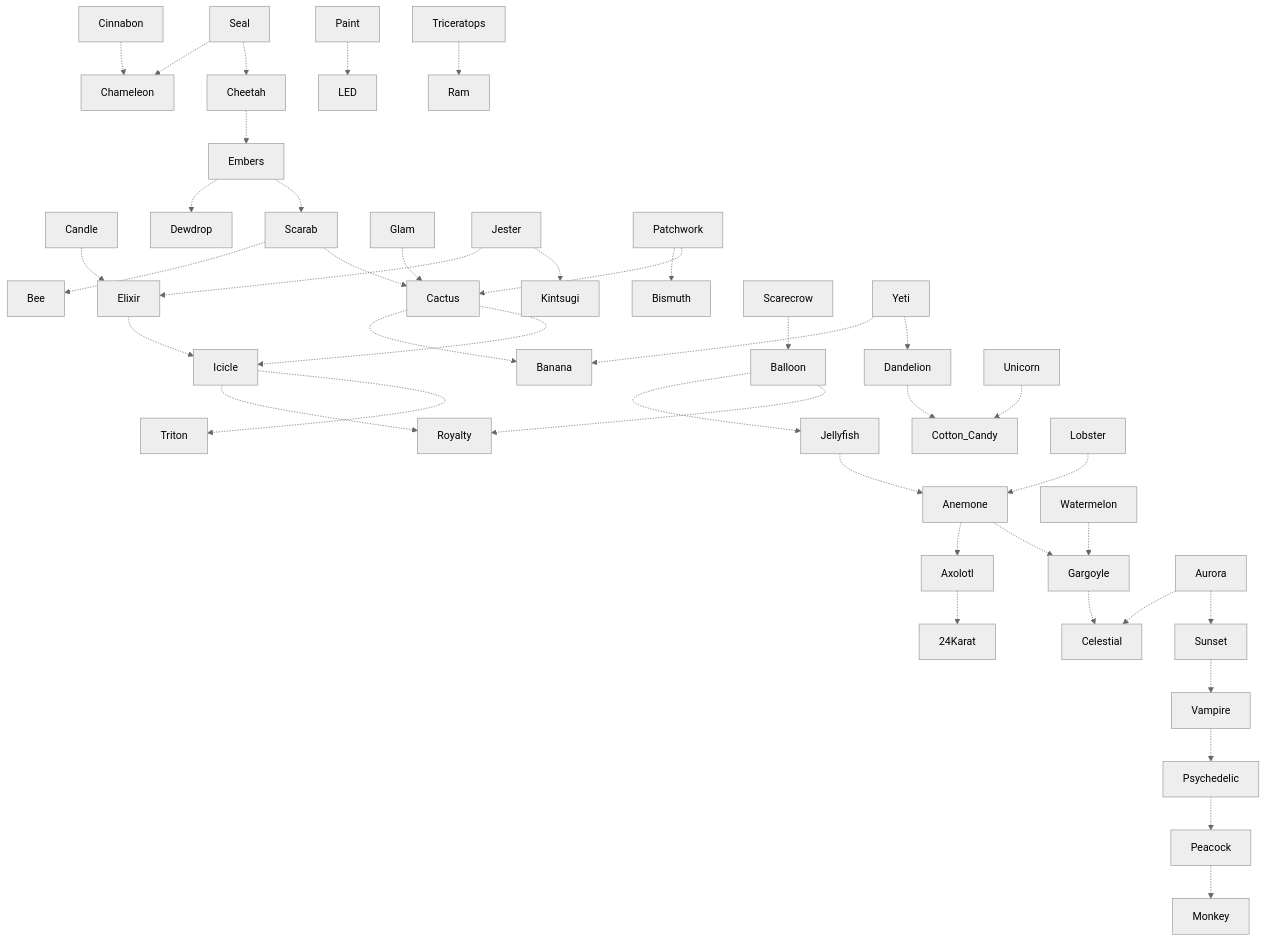
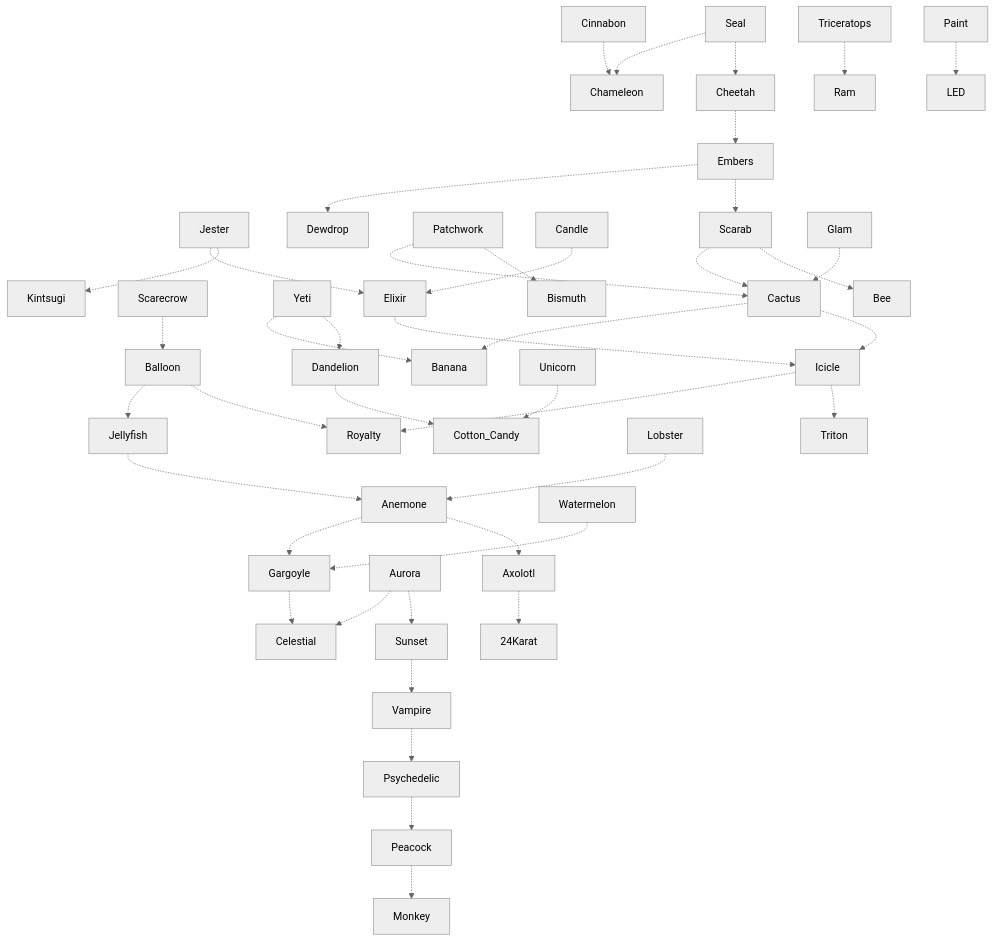
The diagram in Peridot-ArchetypeTree.md (g1ddy/PeridotArchetypeFinder), drawn with Mermaid (neutral theme) before and after one commit. The commit also changed other lines of this file and 5 other files, not shown here.

````diff
--- a/Peridot-ArchetypeTree.md
+++ b/Peridot-ArchetypeTree.md
@@ -3,45 +3,45 @@
 ```mermaid
 flowchart
 
-Anemone -.-> Axolotl
+Cactus -.-> Banana
+Cinnabon -.-> Chameleon
+Scarecrow -.-> Balloon
+Yeti -.-> Banana
+Icicle -.-> Royalty
+Jester -.-> Elixir
+Elixir -.-> Icicle
+Cactus -.-> Icicle
+Cheetah -.-> Embers
+Unicorn -.-> Cotton_Candy
+Dandelion -.-> Cotton_Candy
+Icicle -.-> Triton
+Jester -.-> Kintsugi
+Triceratops -.-> Ram
 Anemone -.-> Gargoyle
+Paint -.-> LED
 Aurora -.-> Celestial
+Scarab -.-> Cactus
+Patchwork -.-> Cactus
+Candle -.-> Elixir
+Seal -.-> Chameleon
+Gargoyle -.-> Celestial
+Sunset -.-> Vampire
+Seal -.-> Cheetah
+Vampire -.-> Psychedelic
+Psychedelic -.-> Peacock
+Watermelon -.-> Gargoyle
+Embers -.-> Dewdrop
+Glam -.-> Cactus
+Patchwork -.-> Bismuth
 Aurora -.-> Sunset
-Axolotl -.-> 24Karat
+Lobster -.-> Anemone
+Jellyfish -.-> Anemone
 Balloon -.-> Jellyfish
 Balloon -.-> Royalty
-Cactus -.-> Banana
-Cactus -.-> Icicle
-Candle -.-> Elixir
-Cheetah -.-> Embers
-Cinnabon -.-> Chameleon
-Dandelion -.-> Cotton_Candy
-Elixir -.-> Icicle
-Embers -.-> Dewdrop
+Scarab -.-> Bee
 Embers -.-> Scarab
-Gargoyle -.-> Celestial
-Glam -.-> Cactus
-Icicle -.-> Royalty
-Icicle -.-> Triton
-Jellyfish -.-> Anemone
-Jester -.-> Elixir
-Jester -.-> Kintsugi
-Lobster -.-> Anemone
-Paint -.-> LED
-Patchwork -.-> Bismuth
-Patchwork -.-> Cactus
 Peacock -.-> Monkey
-Psychedelic -.-> Peacock
-Scarab -.-> Bee
-Scarab -.-> Cactus
-Scarecrow -.-> Balloon
-Seal -.-> Chameleon
-Seal -.-> Cheetah
-Sunset -.-> Vampire
-Triceratops -.-> Ram
-Unicorn -.-> Cotton_Candy
-Vampire -.-> Psychedelic
-Watermelon -.-> Gargoyle
-Yeti -.-> Banana
 Yeti -.-> Dandelion
+Axolotl -.-> 24Karat
+Anemone -.-> Axolotl
 ```
````
